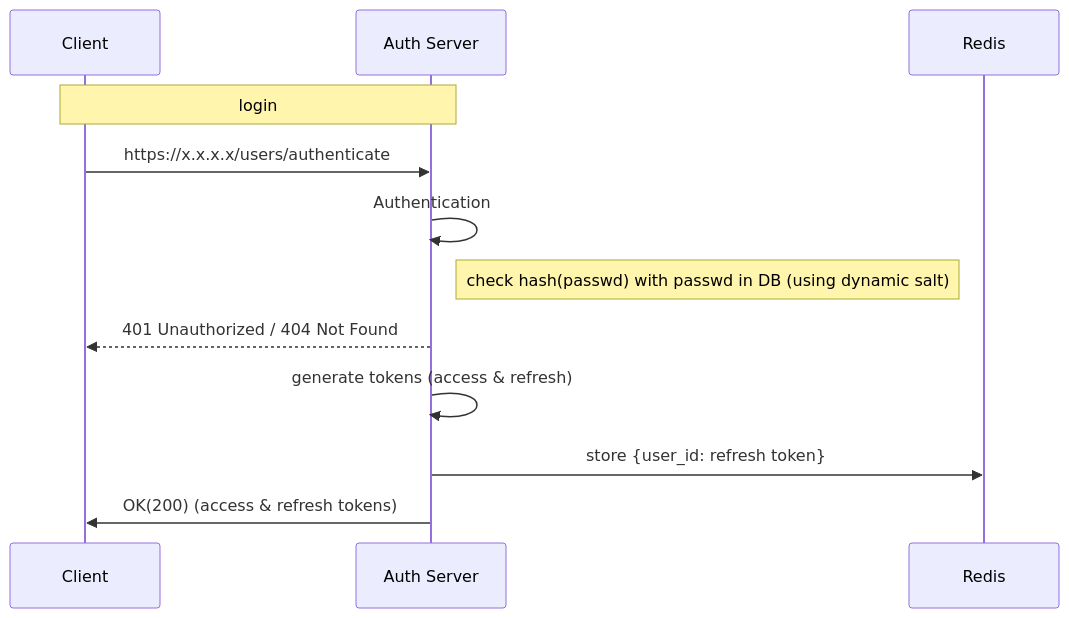
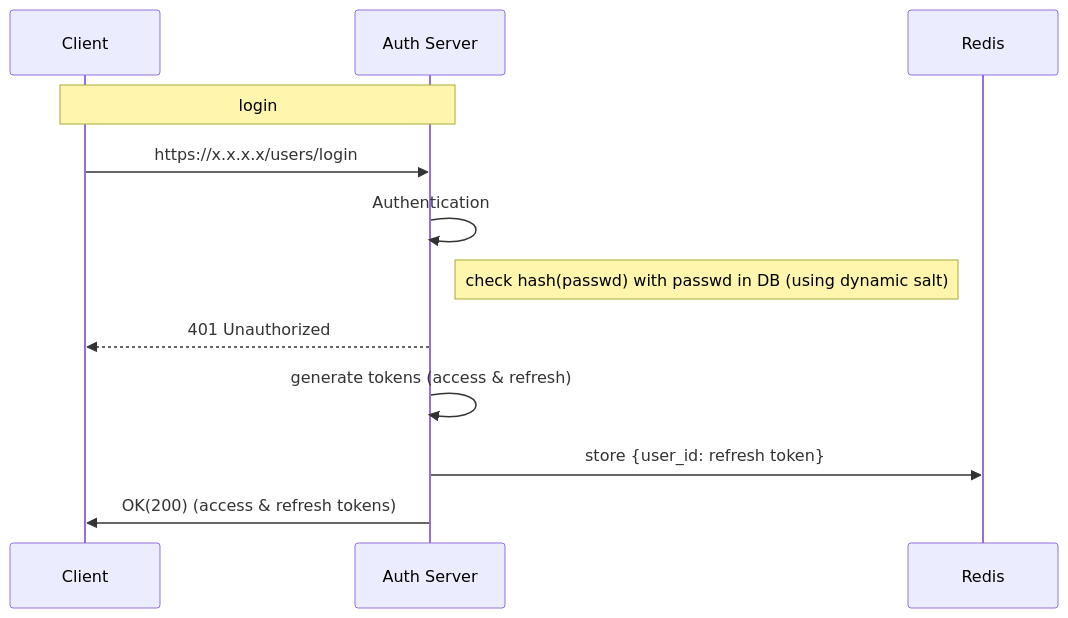
The diagram in Docs/1_users/2_login.md (veselij/Auth_sprint_6_team_5), drawn with Mermaid before and after one commit. The commit also changed other lines of this file and 6 other files, not shown here.

Commit message:
added endpoint users register and login

````diff
--- a/Docs/1_users/2_login.md
+++ b/Docs/1_users/2_login.md
@@ -1,15 +1,15 @@
 ```mermaid
 sequenceDiagram
     participant C as Client  
     participant S as Auth Server
     participant R as Redis
 
 	Note over C, S: login
-	C->>S: https://x.x.x.x/users/authenticate
+	C->>S: https://x.x.x.x/users/login
 	S->>S: Authentication
 	Note right of S: check hash(passwd) with passwd in DB (using dynamic salt)
-	S-->>C: 401 Unauthorized / 404 Not Found
+	S-->>C: 401 Unauthorized
 	S->>S: generate tokens (access & refresh)
 	S->>R: store {user_id: refresh token}
 	S->>C: OK(200) (access & refresh tokens)
 ```
````
